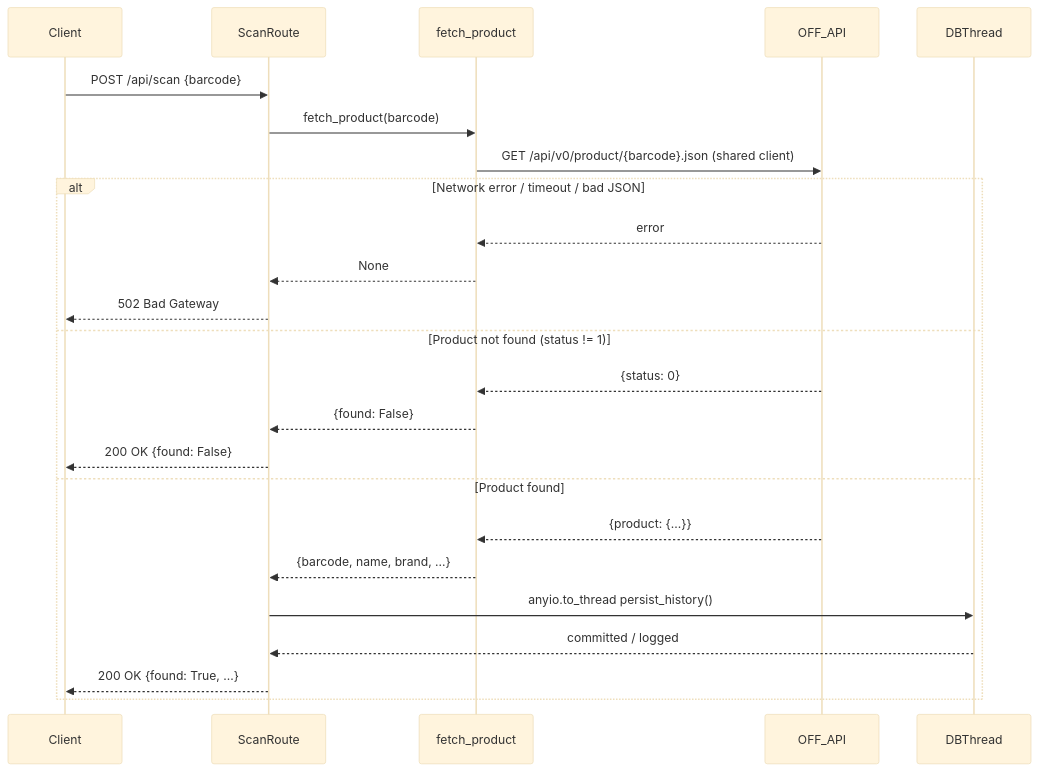
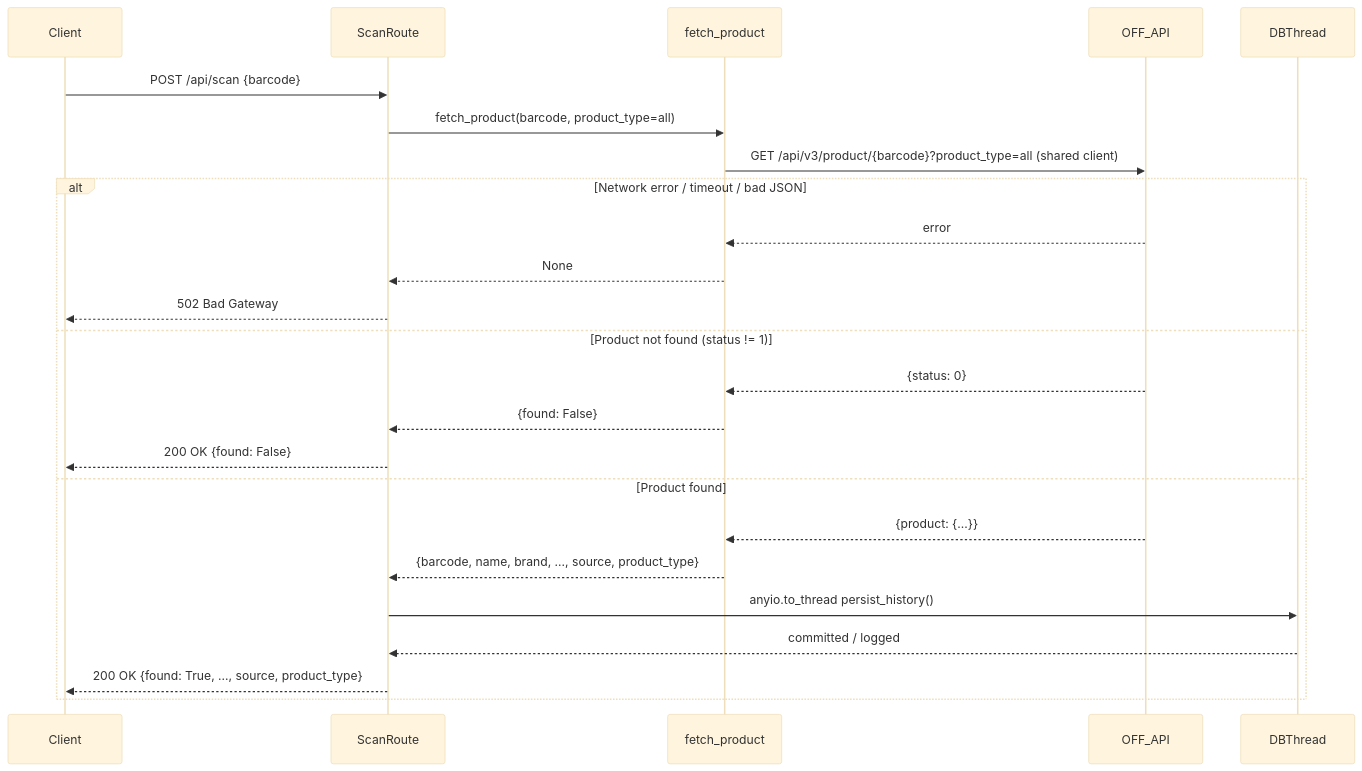
Before and after one commit to lorecanc/dispensapp: the second of 2 diagrams in wiki/modules/backend-routes-scan.md, drawn with Mermaid (base theme). The commit also changed other lines of this file and 56 other files, not shown here.

````diff
--- a/wiki/modules/backend-routes-scan.md
+++ b/wiki/modules/backend-routes-scan.md
@@ -130,27 +138,27 @@
 ```mermaid
 sequenceDiagram
     participant Client
     participant ScanRoute
     participant fetch_product
     participant OFF_API
     participant DBThread
 
     Client->>ScanRoute: POST /api/scan {barcode}
-    ScanRoute->>fetch_product: fetch_product(barcode)
-    fetch_product->>OFF_API: GET /api/v0/product/{barcode}.json (shared client)
+    ScanRoute->>fetch_product: fetch_product(barcode, product_type=all)
+    fetch_product->>OFF_API: GET /api/v3/product/{barcode}?product_type=all (shared client)
     alt Network error / timeout / bad JSON
         OFF_API-->>fetch_product: error
         fetch_product-->>ScanRoute: None
         ScanRoute-->>Client: 502 Bad Gateway
     else Product not found (status != 1)
         OFF_API-->>fetch_product: {status: 0}
         fetch_product-->>ScanRoute: {found: False}
         ScanRoute-->>Client: 200 OK {found: False}
     else Product found
         OFF_API-->>fetch_product: {product: {...}}
-        fetch_product-->>ScanRoute: {barcode, name, brand, ...}
+        fetch_product-->>ScanRoute: {barcode, name, brand, ..., source, product_type}
         ScanRoute->>DBThread: anyio.to_thread persist_history()
         DBThread-->>ScanRoute: committed / logged
-        ScanRoute-->>Client: 200 OK {found: True, ...}
+        ScanRoute-->>Client: 200 OK {found: True, ..., source, product_type}
     end
 ```
````
